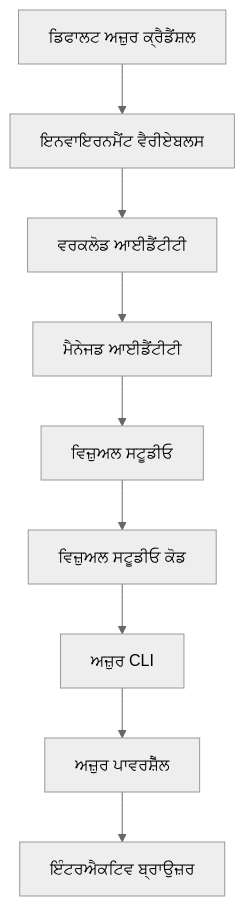
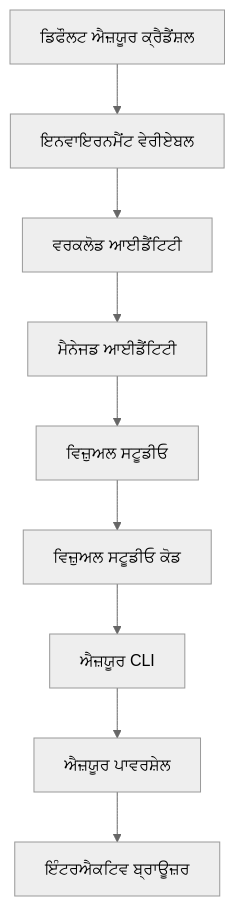
The second of 2 diagrams in translations/pa/docs/chapter-01-foundation/azd-basics.md (microsoft/AZD-for-beginners), drawn with Mermaid (neutral theme) before and after one commit. The commit also changed other lines of this file and 104 other files, not shown here.

````diff
--- a/translations/pa/docs/chapter-01-foundation/azd-basics.md
+++ b/translations/pa/docs/chapter-01-foundation/azd-basics.md
@@ -591,11 +607,11 @@
 ```mermaid
 graph TD
-    A[ਡਿਫਾਲਟ ਅਜ਼ੁਰ ਕ੍ਰੈਡੈਂਸ਼ਲ] --> B[ਇਨਵਾਇਰਨਮੈਂਟ ਵੈਰੀਏਬਲਸ]
-    B --> C[ਵਰਕਲੋਡ ਆਈਡੈਂਟੀਟੀ]
-    C --> D[ਮੈਨੇਜਡ ਆਈਡੈਂਟੀਟੀ]
+    A[ਡਿਫੌਲਟ ਐਜ਼ਯੂਰ ਕ੍ਰੈਡੈਂਸ਼ਲ] --> B[ਇਨਵਾਇਰਨਮੈਂਟ ਵੇਰੀਏਬਲ]
+    B --> C[ਵਰਕਲੋਡ ਆਈਡੈਂਟਿਟੀ]
+    C --> D[ਮੈਨੇਜਡ ਆਈਡੈਂਟਿਟੀ]
     D --> E[ਵਿਜ਼ੁਅਲ ਸਟੂਡੀਓ]
     E --> F[ਵਿਜ਼ੁਅਲ ਸਟੂਡੀਓ ਕੋਡ]
-    F --> G[ਅਜ਼ੁਰ CLI]
-    G --> H[ਅਜ਼ੁਰ ਪਾਵਰਸ਼ੈੱਲ]
-    H --> I[ਇੰਟਰਐਕਟਿਵ ਬ੍ਰਾਉਜ਼ਰ]
+    F --> G[ਐਜ਼ਯੂਰ CLI]
+    G --> H[ਐਜ਼ਯੂਰ ਪਾਵਰਸ਼ੇਲ]
+    H --> I[ਇੰਟਰਐਕਟਿਵ ਬ੍ਰਾਊਜ਼ਰ]
 ```
````
